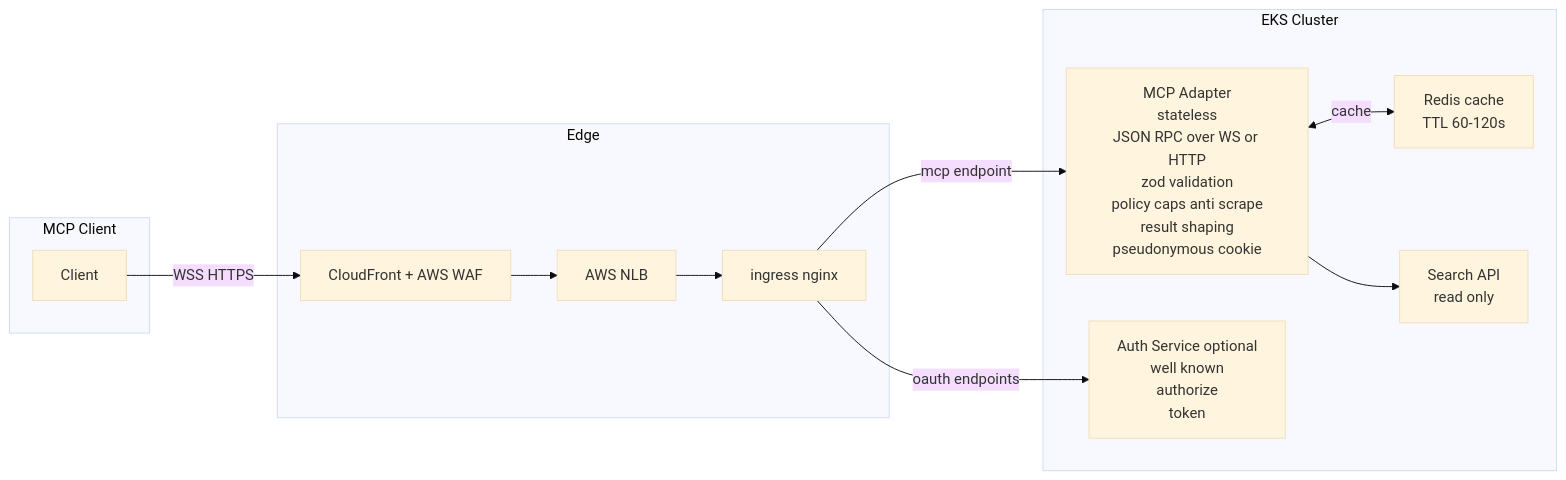
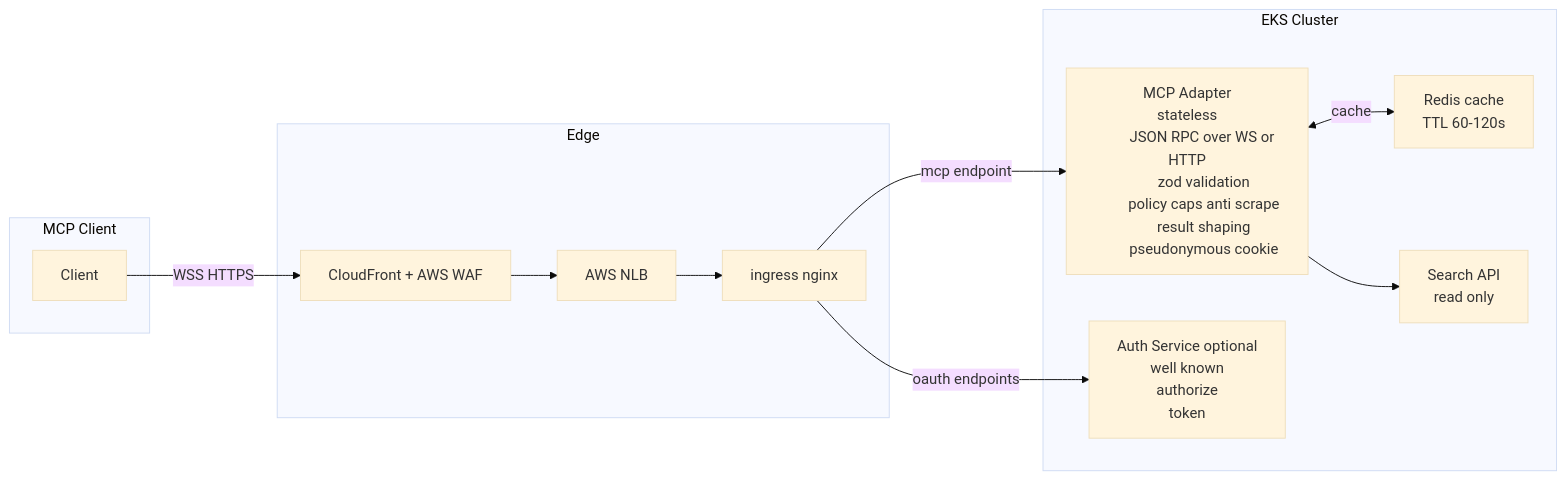
The diagram in http-mcp-design.md (shahriarb/vibekanban), drawn with Mermaid (base theme) before and after one commit.

Commit message:
new line

````diff
--- a/http-mcp-design.md
+++ b/http-mcp-design.md
@@ -3,25 +3,35 @@
 ```mermaid
 flowchart LR
   subgraph Client["MCP Client"]
     C["Client"]
   end
 
   subgraph Edge["Edge"]
     CF["CloudFront + AWS WAF"]
     NLB["AWS NLB"]
     INX["ingress nginx"]
   end
 
   subgraph Cluster["EKS Cluster"]
-    ADP["MCP Adapter\nstateless\nJSON RPC over WS or HTTP\nzod validation\npolicy caps anti scrape\nresult shaping\npseudonymous cookie"]
-    RDS["Redis cache\nTTL 60-120s"]
-    AUTH["Auth Service optional\nwell known\nauthorize\ntoken"]
-    SRCH["Search API\nread only"]
+    ADP["MCP Adapter\nstateless
+         JSON RPC over WS or HTTP
+         zod validation
+         policy caps anti scrape
+         result shaping
+         pseudonymous cookie"]
+    RDS["Redis cache
+         TTL 60-120s"]
+    AUTH["Auth Service optional
+          well known
+          authorize
+          token"]
+    SRCH["Search API
+          read only"]
   end
 
   C -->|WSS HTTPS| CF --> NLB --> INX
   INX -->|mcp endpoint| ADP
   INX -->|oauth endpoints| AUTH
   ADP <-->|cache| RDS
   ADP --> SRCH
 ```
````
